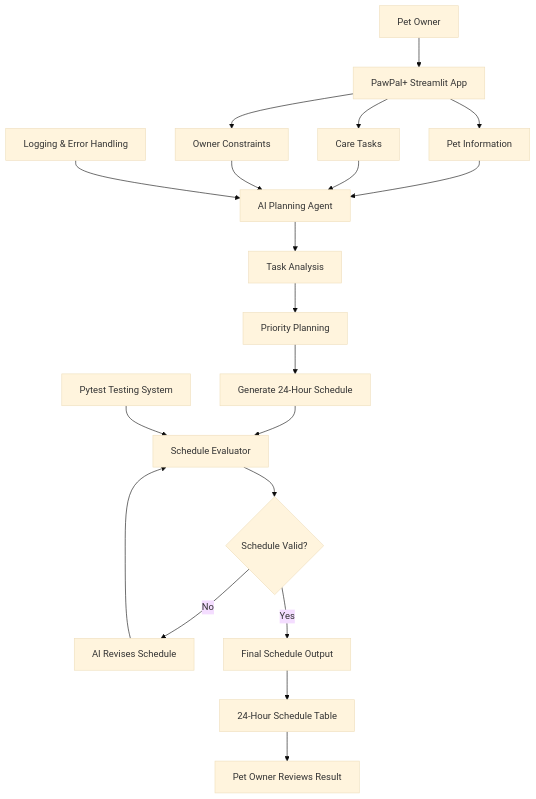
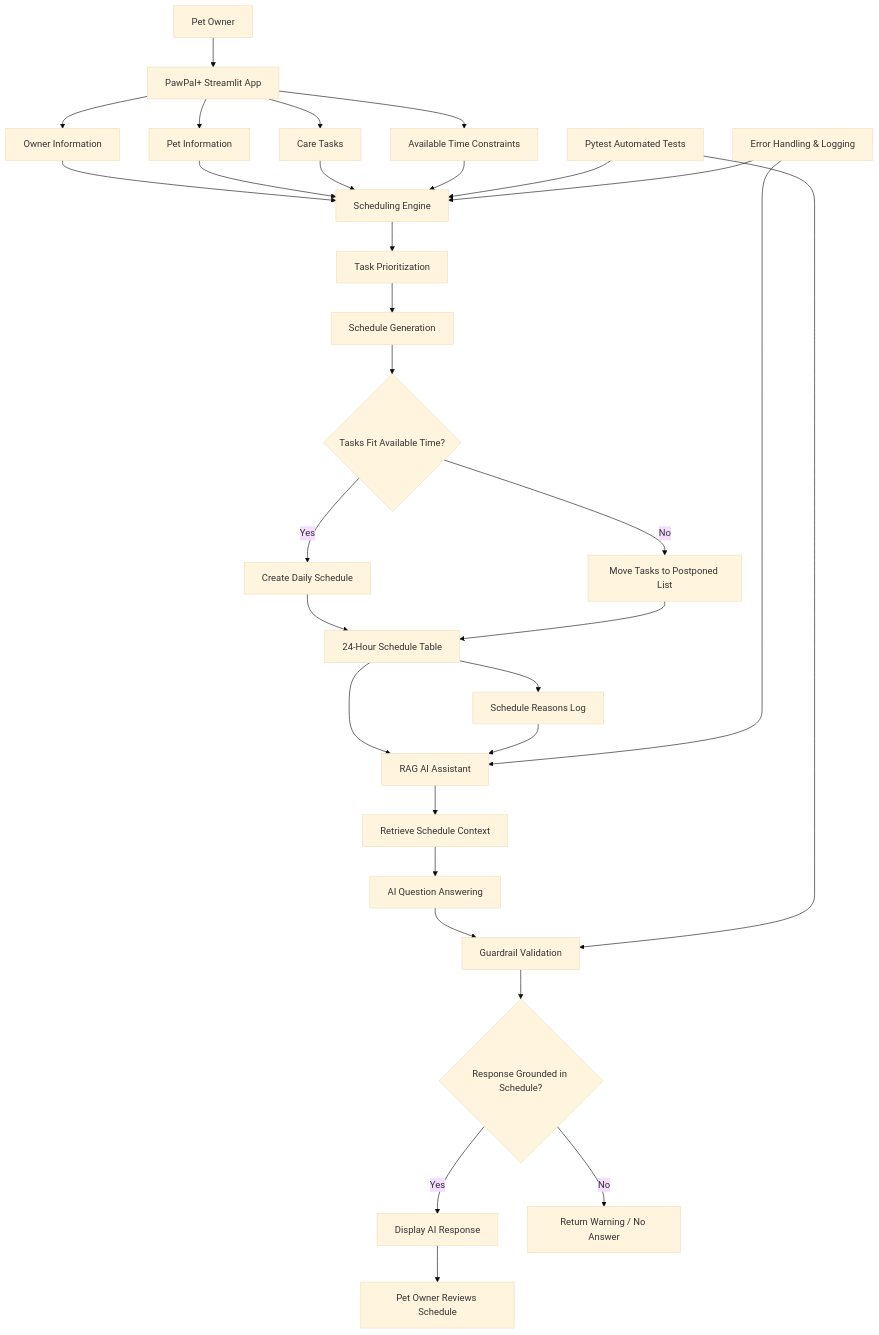
The diagram in diagrams/architecture.mmd (rayna2335/applied-ai-system-project), drawn with Mermaid (base theme) before and after one commit.

Commit message:
update mmd file

```diff
--- a/diagrams/architecture.mmd
+++ b/diagrams/architecture.mmd
@@ -1,31 +1,48 @@
 flowchart TD
 
     A[Pet Owner] --> B[PawPal+ Streamlit App]
 
-    B --> C[Pet Information]
-    B --> D[Care Tasks]
-    B --> E[Owner Constraints]
+    B --> C[Owner Information]
+    B --> D[Pet Information]
+    B --> E[Care Tasks]
+    B --> F[Available Time Constraints]
 
-    C --> F[AI Planning Agent]
-    D --> F
-    E --> F
+    C --> G[Scheduling Engine]
+    D --> G
+    E --> G
+    F --> G
 
-    F --> G[Task Analysis]
-    G --> H[Priority Planning]
-    H --> I[Generate 24-Hour Schedule]
+    G --> H[Task Prioritization]
+    H --> I[Schedule Generation]
 
-    I --> J[Schedule Evaluator]
-    J --> K{Schedule Valid?}
+    I --> J{Tasks Fit Available Time?}
 
-    K -- No --> L[AI Revises Schedule]
-    L --> J
+    J -- Yes --> K[Create Daily Schedule]
+    J -- No --> L[Move Tasks to Postponed List]
 
-    K -- Yes --> M[Final Schedule Output]
+    K --> M[24-Hour Schedule Table]
+    L --> M
 
-    M --> N[24-Hour Schedule Table]
+    M --> N[Schedule Reasons Log]
 
-    N --> O[Pet Owner Reviews Result]
+    M --> O[RAG AI Assistant]
 
-    P[Pytest Testing System] --> J
+    N --> O
 
-    Q[Logging & Error Handling] --> F
+    O --> P[Retrieve Schedule Context]
+    P --> Q[AI Question Answering]
+
+    Q --> R[Guardrail Validation]
+
+    R --> S{Response Grounded in Schedule?}
+
+    S -- Yes --> T[Display AI Response]
+    S -- No --> U[Return Warning / No Answer]
+
+    T --> V[Pet Owner Reviews Schedule]
+
+    W[Pytest Automated Tests] --> G
+    W --> R
+
+    X[Error Handling & Logging] --> O
+    X --> G
```
